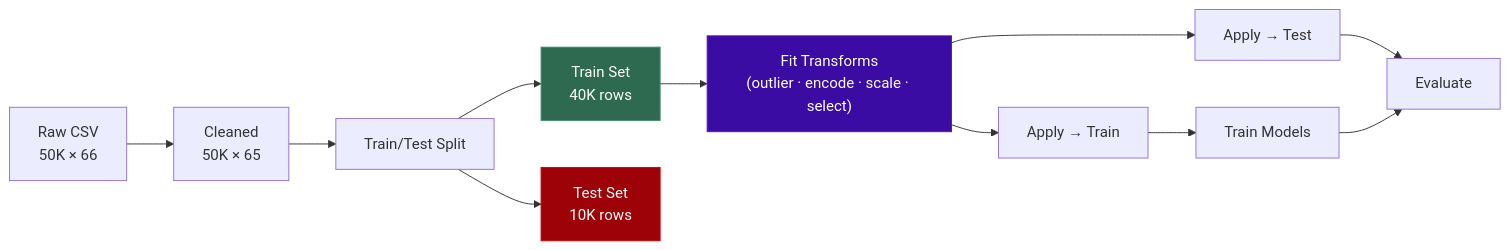
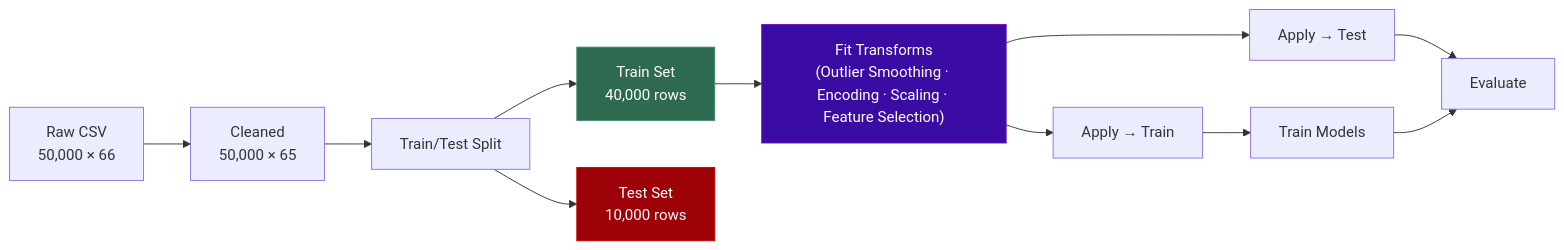
Before and after one commit to VICKYPATIL2525/Mindspace-ml-pipeline-text-to-mentel-health-class: the second of 7 diagrams in PIPELINE_FLOW_CLEAN.md, drawn with Mermaid. The commit also changed other lines of this file, not shown here.

Commit message:
Flow update

````diff
--- a/PIPELINE_FLOW_CLEAN.md
+++ b/PIPELINE_FLOW_CLEAN.md
@@ -101,25 +101,25 @@
 ```mermaid
 flowchart LR
-    RAW["Raw CSV\n50K × 66"]
-    CLEAN["Cleaned\n50K × 65"]
+    RAW["Raw CSV\n50,000 × 66"]
+    CLEAN["Cleaned\n50,000 × 65"]
     SPLIT["Train/Test Split"]
-    TRAINSET["Train Set\n40K rows"]
-    TESTSET["Test Set\n10K rows"]
-    FIT["Fit Transforms\n(outlier · encode · scale · select)"]
+    TRAINSET["Train Set\n40,000 rows"]
+    TESTSET["Test Set\n10,000 rows"]
+    FIT["Fit Transforms\n(Outlier Smoothing · Encoding · Scaling · Feature Selection)"]
     APPLY_TRAIN["Apply → Train"]
     APPLY_TEST["Apply → Test"]
     MODEL["Train Models"]
     EVALUATE["Evaluate"]
 
     RAW --> CLEAN --> SPLIT
     SPLIT --> TRAINSET
     SPLIT --> TESTSET
     TRAINSET --> FIT
     FIT --> APPLY_TRAIN --> MODEL
     FIT --> APPLY_TEST --> EVALUATE
     MODEL --> EVALUATE
 
     style TRAINSET fill:#2d6a4f,stroke:#40916c,color:#fff
     style TESTSET fill:#9d0208,stroke:#d00000,color:#fff
     style FIT fill:#3a0ca3,stroke:#7209b7,color:#fff
 ```
````
